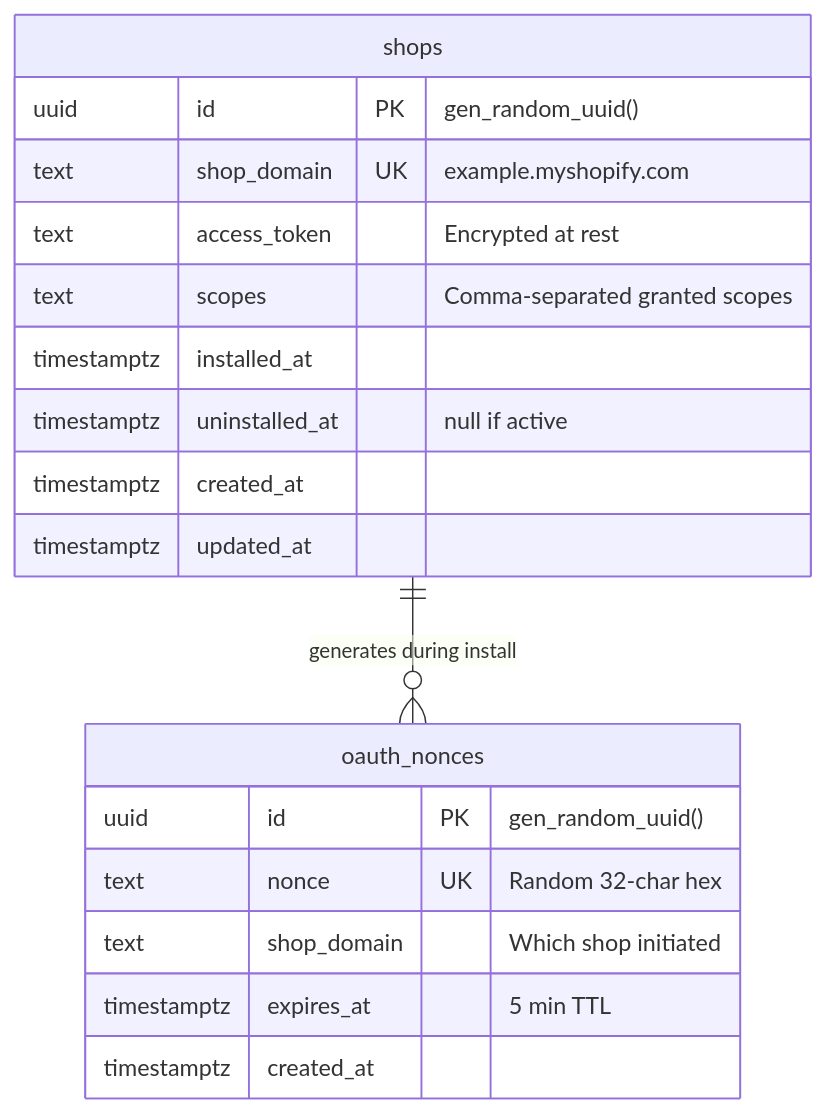
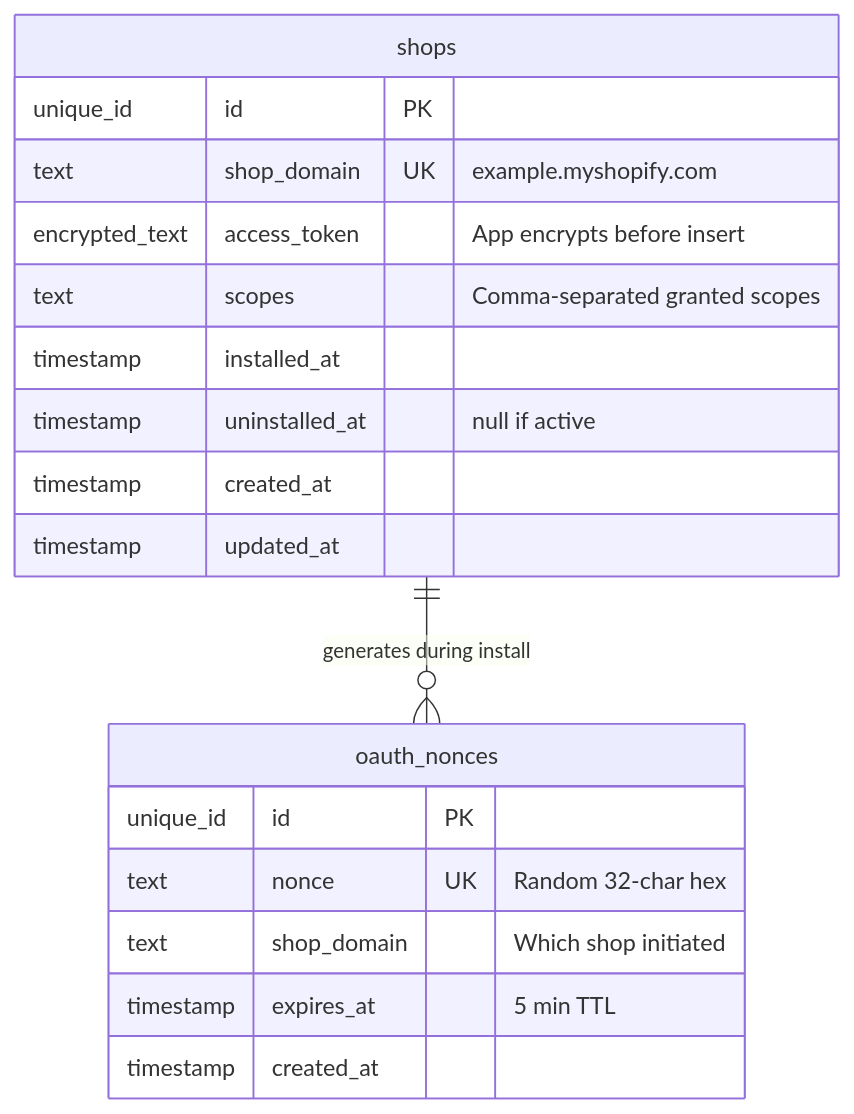
The first of 5 diagrams in auth/shopify-oauth/README.md (nguyenvanduocit/primitive-blocks-specs), drawn with Mermaid before and after one commit. The commit also changed other lines of this file and 28 other files, not shown here.

````diff
--- a/auth/shopify-oauth/README.md
+++ b/auth/shopify-oauth/README.md
@@ -53,23 +55,23 @@
 ```mermaid
 erDiagram
     shops {
-        uuid id PK "gen_random_uuid()"
+        unique_id id PK
         text shop_domain UK "example.myshopify.com"
-        text access_token "Encrypted at rest"
+        encrypted_text access_token "App encrypts before insert"
         text scopes "Comma-separated granted scopes"
-        timestamptz installed_at
-        timestamptz uninstalled_at "null if active"
-        timestamptz created_at
-        timestamptz updated_at
+        timestamp installed_at
+        timestamp uninstalled_at "null if active"
+        timestamp created_at
+        timestamp updated_at
     }
 
     oauth_nonces {
-        uuid id PK "gen_random_uuid()"
+        unique_id id PK
         text nonce UK "Random 32-char hex"
         text shop_domain "Which shop initiated"
-        timestamptz expires_at "5 min TTL"
-        timestamptz created_at
+        timestamp expires_at "5 min TTL"
+        timestamp created_at
     }
 
     shops ||--o{ oauth_nonces : "generates during install"
 ```
````
